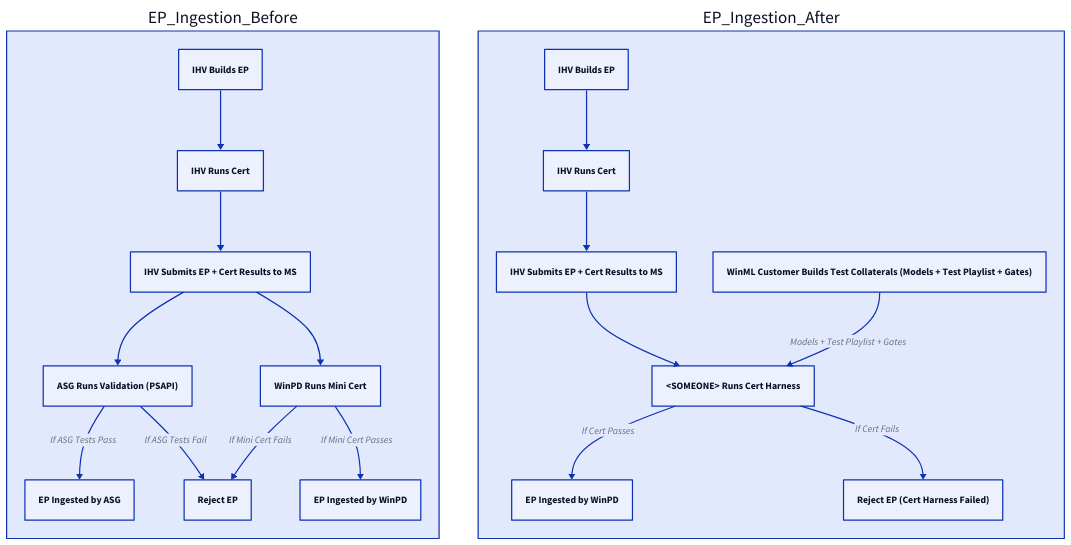
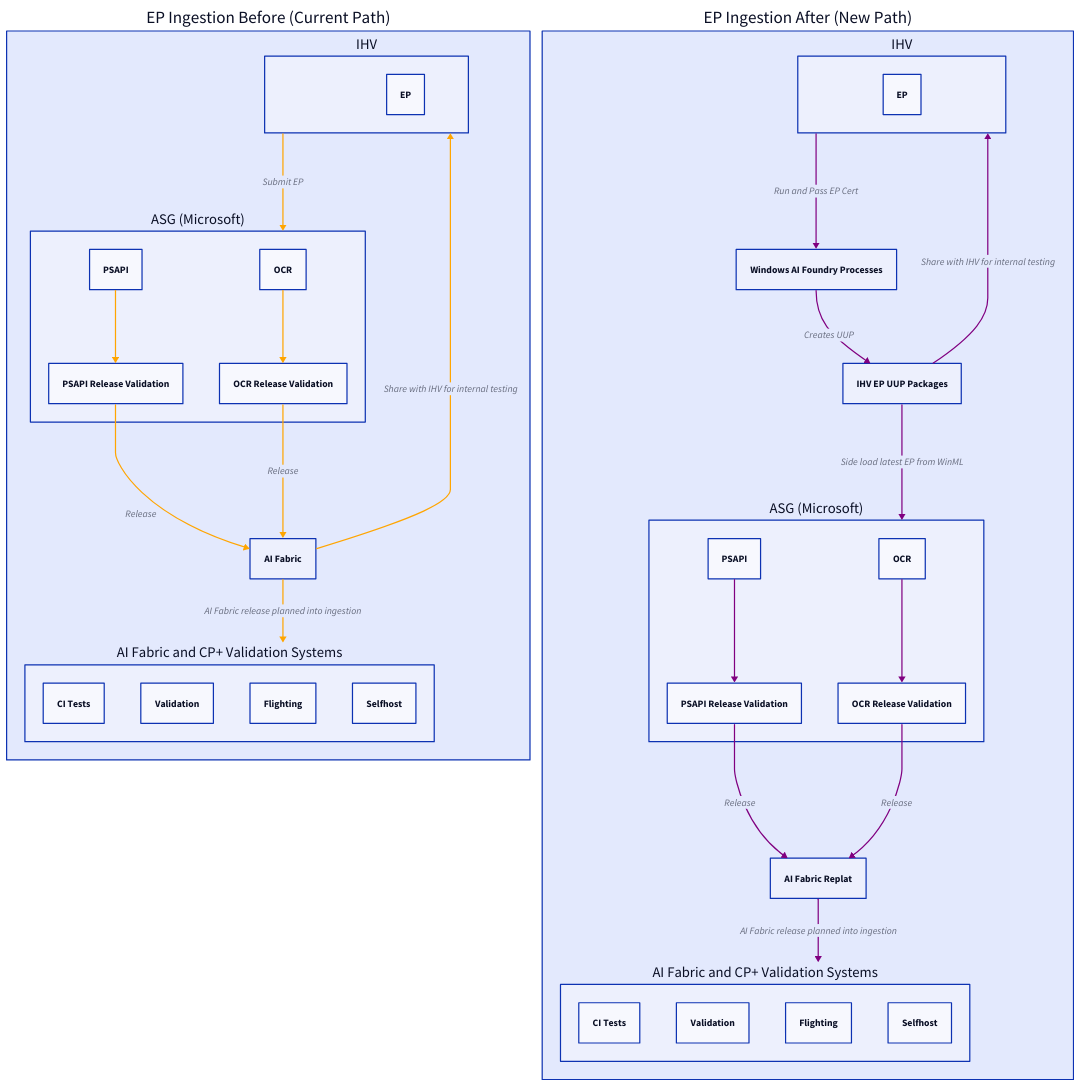
The diagram in SupportingFiles/Replat_Validation.d2 (patahili/RunningDocs), drawn with D2 before and after one commit.

Commit message:
Updated Validation diagram to reduce confusion

```diff
--- a/SupportingFiles/Replat_Validation.d2
+++ b/SupportingFiles/Replat_Validation.d2
@@ -1,36 +1,79 @@
-EP_Ingestion_Before: {
-  IHV: "IHV Builds EP"
-  Cert: "IHV Runs Cert"
-  Submit: "IHV Submits EP + Cert Results to MS"
-  ASG_Val: "ASG Runs Validation (PSAPI)"
-  ASG_Ingest: "EP Ingested by ASG"
-  EP_Reject: "Reject EP"
-  WinPD_MiniCert: "WinPD Runs Mini Cert"
-  WinPD_Ingest: "EP Ingested by WinPD"
+# EP Ingestion Workflow - Before and After
 
-  IHV -> Cert
-  Cert -> Submit
-  Submit -> ASG_Val
-  ASG_Val -> ASG_Ingest: "If ASG Tests Pass"
-  ASG_Val -> EP_Reject: "If ASG Tests Fail"
-  Submit -> WinPD_MiniCert
-  WinPD_MiniCert -> WinPD_Ingest: "If Mini Cert Passes"
-  WinPD_MiniCert -> EP_Reject: "If Mini Cert Fails"
+EP_Ingestion_Before: "EP Ingestion Before (Current Path)" {
+  # Main entities
+  IHV: "IHV" {
+    EP: "EP"
+  }
+  
+  ASG: "ASG (Microsoft)" {
+    PSAPI: "PSAPI"
+    OCR: "OCR"
+    PSAPI_Release_Validation: "PSAPI Release Validation"
+    OCR_Release_Validation: "OCR Release Validation"
+    
+    PSAPI -> PSAPI_Release_Validation: {style.stroke: orange}
+    OCR -> OCR_Release_Validation: {style.stroke: orange}
+  }
+  
+  AI_Fabric: "AI Fabric"
+  
+  AI_Fabric_CP_Validation: "AI Fabric and CP+ Validation Systems" {
+    AI_CI: "CI Tests"
+    AI_Validation: "Validation"
+    AI_Flight: "Flighting"
+    AI_Selfhost: "Selfhost"
+  }
+  
+  # Orange arrows for older path
+  # Single path: IHV to ASG route only
+  IHV -> ASG: "Submit EP" {style.stroke: orange}
+  ASG.PSAPI_Release_Validation -> AI_Fabric: "Release" {style.stroke: orange}
+  ASG.OCR_Release_Validation -> AI_Fabric: "Release" {style.stroke: orange}
+  AI_Fabric -> AI_Fabric_CP_Validation: "AI Fabric release planned into ingestion" {style.stroke: orange}
+  AI_Fabric -> IHV: "Share with IHV for internal testing" {style.stroke: orange}
 }
 
-EP_Ingestion_After: {
-  IHV: "IHV Builds EP"
-  Cert: "IHV Runs Cert"
-  Submit: "IHV Submits EP + Cert Results to MS"
-  Unified_CertHarness: "<SOMEONE> Runs Cert Harness"
-  Unified_Ingest: "EP Ingested by WinPD"
-  Unified_Reject: "Reject EP (Cert Harness Failed)"
-  WinML_Customer: "WinML Customer Builds Test Collaterals (Models + Test Playlist + Gates)"
+EP_Ingestion_After: "EP Ingestion After (New Path)" {
+  # Main entities
+  IHV_New: "IHV" {
+    EP_New: "EP"
+  }
+  
+  WinML_New: "Windows AI Foundry Processes"
+  UUP_New: "IHV EP UUP Packages"
+  
+  ASG_New: "ASG (Microsoft)" {
+    PSAPI_New: "PSAPI"
+    OCR_New: "OCR"
+    PSAPI_Release_Validation_New: "PSAPI Release Validation"
+    OCR_Release_Validation_New: "OCR Release Validation"
+    
+    PSAPI_New -> PSAPI_Release_Validation_New: {style.stroke: purple}
+    OCR_New -> OCR_Release_Validation_New: {style.stroke: purple}
+  }
+  
+  AI_Fabric_Replat: "AI Fabric Replat"
+  
+  AI_Fabric_CP_Validation_New: "AI Fabric and CP+ Validation Systems" {
+    AI_CI_New: "CI Tests"
+    AI_Validation_New: "Validation"
+    AI_Flight_New: "Flighting"
+    AI_Selfhost_New: "Selfhost"
+  }
 
-  IHV -> Cert
-  Cert -> Submit
-  Submit -> Unified_CertHarness
-  Unified_CertHarness -> Unified_Ingest: "If Cert Passes"
-  Unified_CertHarness -> Unified_Reject: "If Cert Fails"
-  WinML_Customer -> Unified_CertHarness: "Models + Test Playlist + Gates"
+  # Purple arrows for newer path
+  # Single streamlined path
+  IHV_New -> WinML_New: "Run and Pass EP Cert" {style.stroke: purple}
+  WinML_New -> UUP_New: "Creates UUP" {style.stroke: purple}
+
+  # ASG sideloads from UUP packages and releases to AI Fabric
+  UUP_New -> ASG_New: "Side load latest EP from WinML" {style.stroke: purple}
+  ASG_New.PSAPI_Release_Validation_New -> AI_Fabric_Replat: "Release" {style.stroke: purple}
+  ASG_New.OCR_Release_Validation_New -> AI_Fabric_Replat: "Release" {style.stroke: purple}
+  AI_Fabric_Replat -> AI_Fabric_CP_Validation_New: "AI Fabric release planned into ingestion" {style.stroke: purple}
+  UUP_New -> IHV_New: "Share with IHV for internal testing" {style.stroke: purple}
 }
+
+# Layout configuration
+direction: down
```
